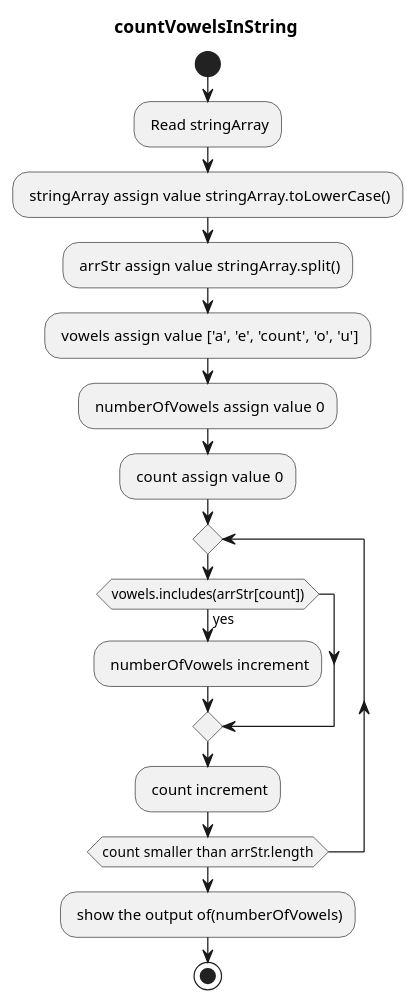
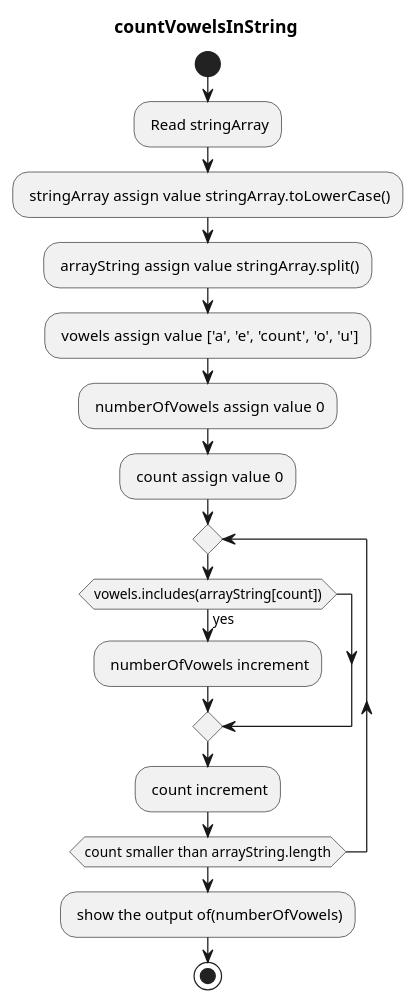
Before and after one commit to codingPhuc/B-i-t-p-nh-p-m-n-l-p-tr-nh: the diagram in diagram/8a.wsd, drawn with PlantUML. The commit also changed 72 other files, not shown here.

```diff
--- a/diagram/8a.wsd
+++ b/diagram/8a.wsd
@@ -1,18 +1,18 @@
 @startuml countVowelsInString
 title countVowelsInString
 start
 : Read stringArray;
 : stringArray assign value  stringArray.toLowerCase();
-: arrStr assign value  stringArray.split();
+: arrayString assign value  stringArray.split();
 : vowels assign value  ['a', 'e', 'count', 'o', 'u'];
 : numberOfVowels assign value  0;
 : count assign value  0;
 repeat
-if (vowels.includes(arrStr[count])) then (yes)
+if (vowels.includes(arrayString[count])) then (yes)
     : numberOfVowels increment;
 endif
 : count increment;
-repeat while (count smaller than  arrStr.length)
+repeat while (count smaller than  arrayString.length)
 : show the output of(numberOfVowels);
 stop
 @enduml
```
